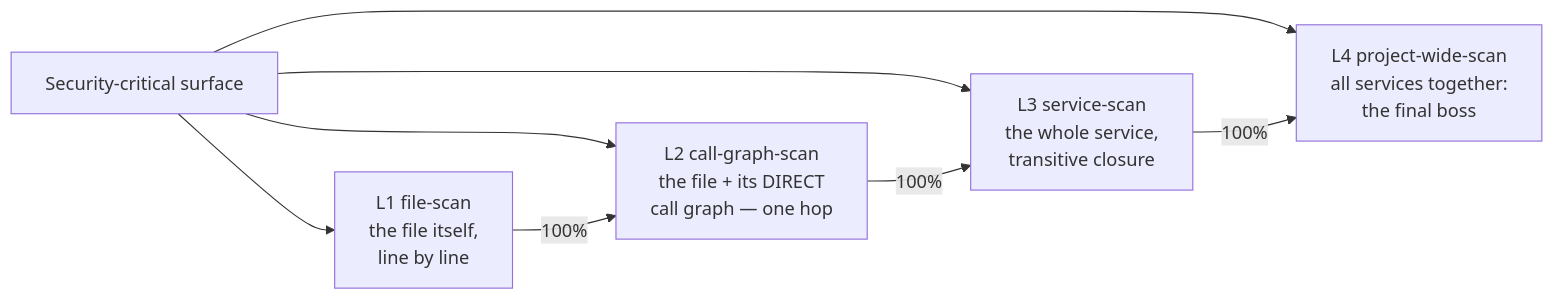
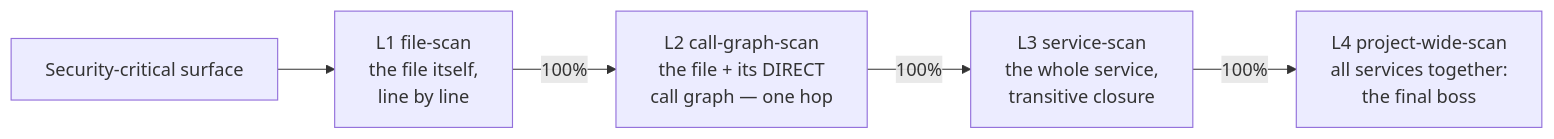
One commit to jacoby149/web10 changed the diagram in ai-pack/ai-security-theory/README.md. Above: the diagram before and after it, drawn with Mermaid. The commit also changed other lines of this file and 3 other files, not shown here.

````diff
--- a/ai-pack/ai-security-theory/README.md
+++ b/ai-pack/ai-security-theory/README.md
@@ -53,12 +53,9 @@
 ```mermaid
 flowchart LR
     S[Security-critical surface] --> L1
-    S --> L2
-    S --> L3
-    S --> L4
     L1[L1 file-scan<br/>the file itself,<br/>line by line]
     L2[L2 call-graph-scan<br/>the file + its DIRECT<br/>call graph — one hop]
     L3[L3 service-scan<br/>the whole service,<br/>transitive closure]
     L4[L4 project-wide-scan<br/>all services together:<br/>the final boss]
     L1 -->|100%| L2 -->|100%| L3 -->|100%| L4
 ```
````
